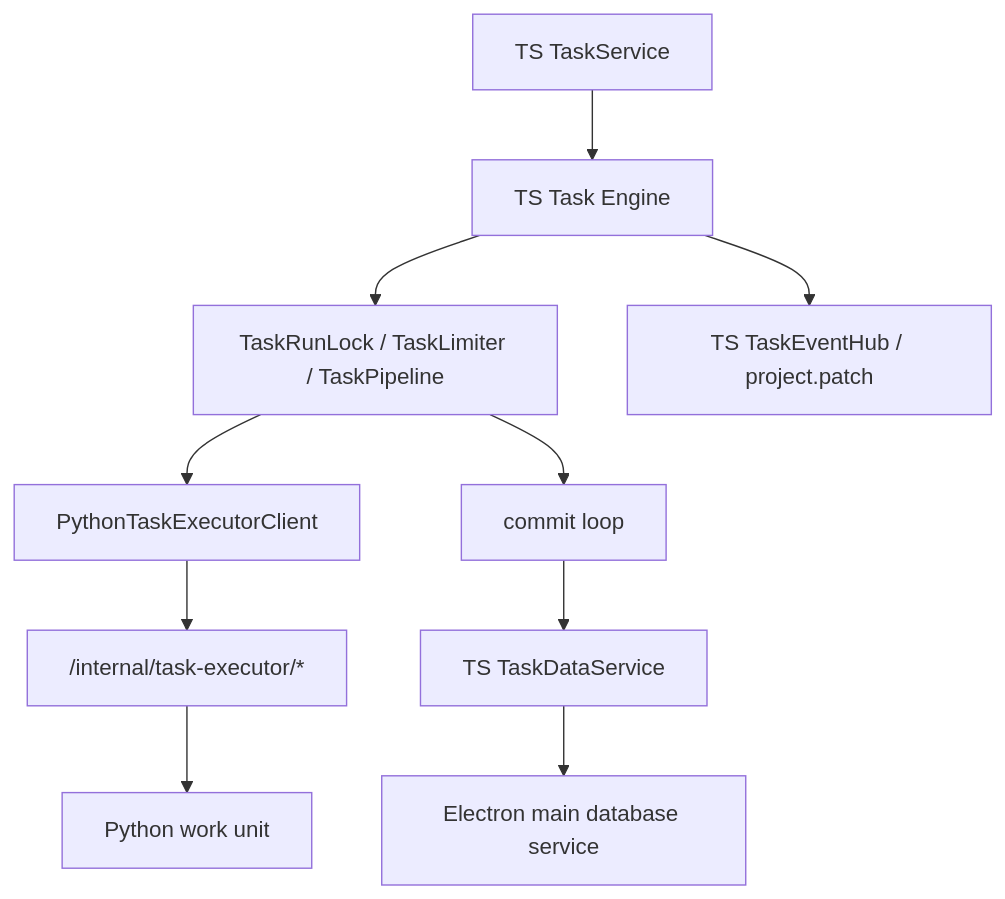
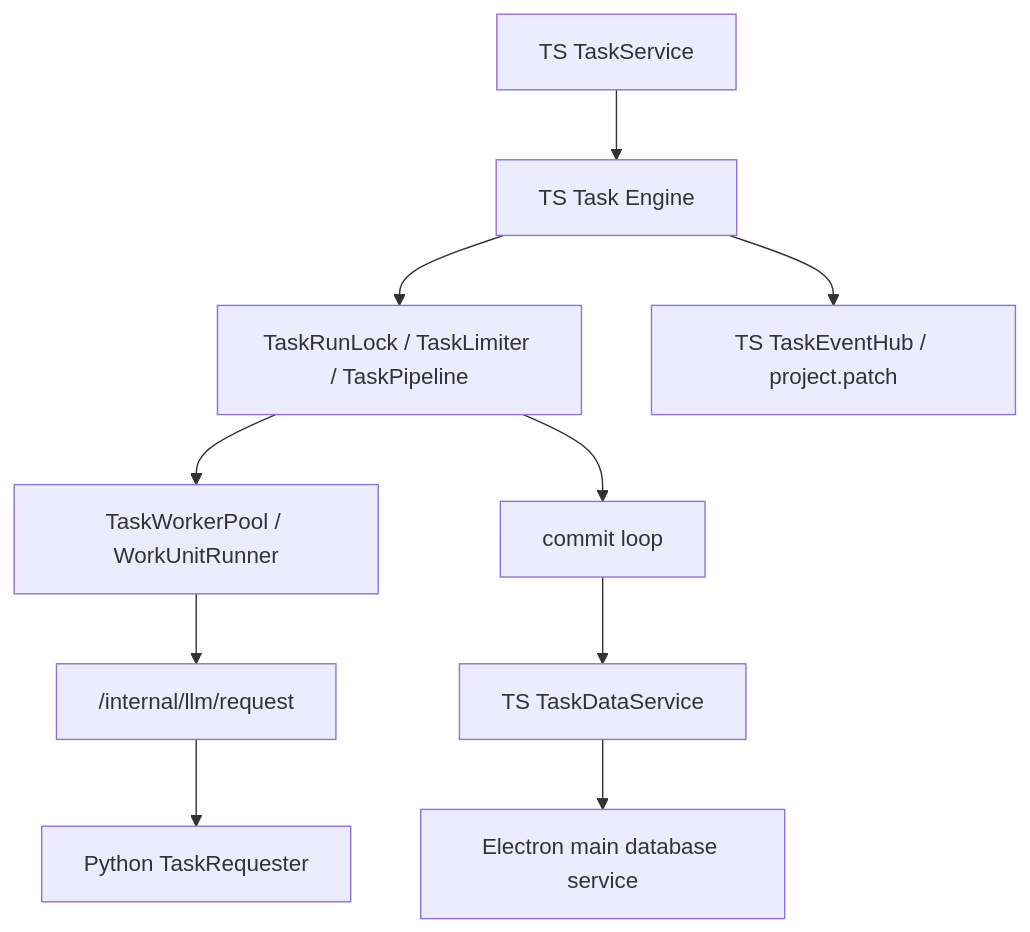
One commit to neavo/LinguaGacha changed the third of 4 diagrams in docs/DATA.md. Above: the diagram before and after it, drawn with Mermaid. The commit also changed other lines of this file and 102 other files, not shown here.

````diff
--- a/docs/DATA.md
+++ b/docs/DATA.md
@@ -94,12 +96,12 @@
 ```mermaid
 flowchart TD
     A["TS TaskService"] --> B["TS Task Engine"]
     B --> C["TaskRunLock / TaskLimiter / TaskPipeline"]
-    C --> D["PythonTaskExecutorClient"]
-    D --> E["/internal/task-executor/*"]
-    E --> F["Python work unit"]
+    C --> D["TaskWorkerPool / WorkUnitRunner"]
+    D --> E["/internal/llm/request"]
+    E --> F["Python TaskRequester"]
     C --> G["commit loop"]
     G --> H["TS TaskDataService"]
     H --> I["Electron main database service"]
     B --> J["TS TaskEventHub / project.patch"]
 ```
````
